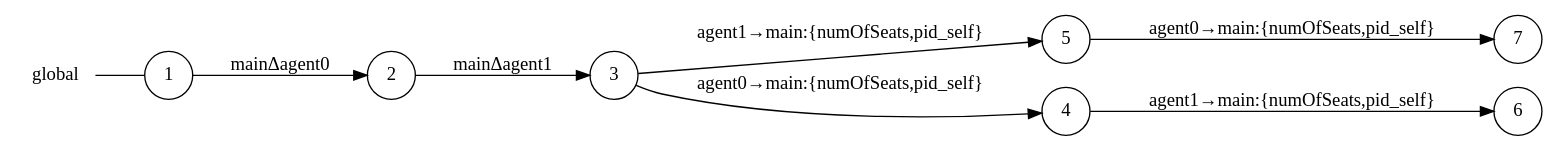
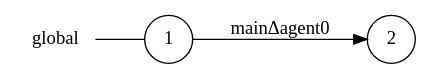
The diagram in examples/airline/main_global_view.dot (gabrielegenovese/chorer), drawn with Graphviz before and after one commit. The commit also changed 8 other files, not shown here.

```diff
--- a/examples/airline/main_global_view.dot
+++ b/examples/airline/main_global_view.dot
@@ -1,19 +1,9 @@
 digraph global {
 	rankdir="LR";
 	n_0 [label="global", shape="plaintext"];
-	n_1 [id="5", shape=circle, label="5"];
-	n_2 [id="6", shape=circle, label="6"];
-	n_3 [id="1", shape=circle, label="1"];
-	n_0 -> n_3 [arrowhead=none];
-	n_4 [id="2", shape=circle, label="2"];
-	n_5 [id="4", shape=circle, label="4"];
-	n_6 [id="7", shape=circle, label="7"];
-	n_7 [id="3", shape=circle, label="3"];
+	n_1 [id="1", shape=circle, label="1"];
+	n_0 -> n_1 [arrowhead=none];
+	n_2 [id="2", shape=circle, label="2"];
 
-	n_7 -> n_5 [id="[$e|2]", label="agent0→main:{numOfSeats,pid_self}"];
-	n_3 -> n_4 [id="[$e|0]", label="mainΔagent0"];
-	n_4 -> n_7 [id="[$e|1]", label="mainΔagent1"];
-	n_1 -> n_6 [id="[$e|5]", label="agent0→main:{numOfSeats,pid_self}"];
-	n_7 -> n_1 [id="[$e|3]", label="agent1→main:{numOfSeats,pid_self}"];
-	n_5 -> n_2 [id="[$e|4]", label="agent1→main:{numOfSeats,pid_self}"];
+	n_1 -> n_2 [id="[$e|0]", label="mainΔagent0"];
 }
```
